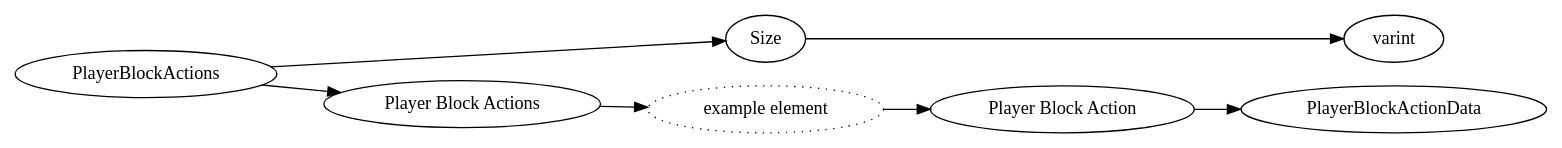
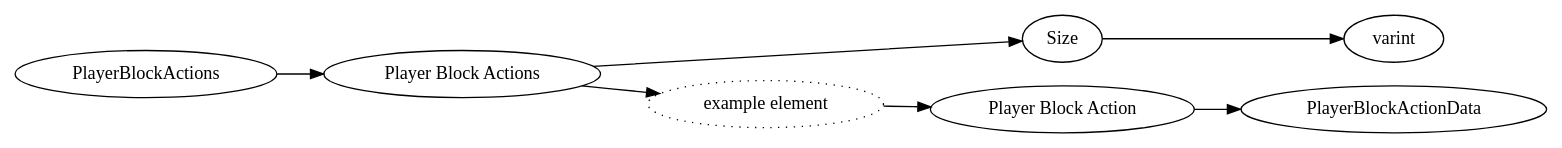
Before and after one commit to Mojang/bedrock-protocol-docs: the diagram in dot/PlayerBlockActions.dot, drawn with Graphviz. The commit also changed 485 other files, not shown here.

```diff
--- a/dot/PlayerBlockActions.dot
+++ b/dot/PlayerBlockActions.dot
@@ -1,20 +1,20 @@
 digraph "PlayerBlockActions" {
 rankdir = LR
 127
 127 -> 128
 128 -> 129
-127 -> 130
-130 -> 131
+129 -> 130
+128 -> 131
 131 -> 132
-132 -> 164
+132 -> 166
 
 127 [label="PlayerBlockActions",comment="name: \"PlayerBlockActions\", typeName: \"\", id: 127, branchId: 0, recurseId: -1, attributes: 0, notes: \"\""];
-128 [label="Size",comment="name: \"Size\", typeName: \"\", id: 128, branchId: 0, recurseId: -1, attributes: 0, notes: \"\""];
-129 [label="varint",comment="name: \"varint\", typeName: \"\", id: 129, branchId: 0, recurseId: -1, attributes: 512, notes: \"\""];
-130 [label="Player Block Actions",comment="name: \"Player Block Actions\", typeName: \"\", id: 130, branchId: 0, recurseId: -1, attributes: 8, notes: \"\""];
+128 [label="Player Block Actions",comment="name: \"Player Block Actions\", typeName: \"\", id: 128, branchId: 0, recurseId: -1, attributes: 8, notes: \"\""];
+129 [label="Size",comment="name: \"Size\", typeName: \"\", id: 129, branchId: 0, recurseId: -1, attributes: 0, notes: \"\""];
+130 [label="varint",comment="name: \"varint\", typeName: \"\", id: 130, branchId: 0, recurseId: -1, attributes: 512, notes: \"\""];
 131 [label="example element",style=dotted,comment="name: \"example element\", typeName: \"\", id: 131, branchId: 0, recurseId: -1, attributes: 16, notes: \"\""];
 132 [label="Player Block Action",comment="name: \"Player Block Action\", typeName: \"PlayerBlockActionData\", id: 132, branchId: 0, recurseId: -1, attributes: 256, notes: \"\""];
-164 [label="PlayerBlockActionData",comment="name: \"PlayerBlockActionData\", typeName: \"\", id: 164, branchId: 0, recurseId: -1, attributes: 512, notes: \"\""];
-{ rank = max;129;164}
+166 [label="PlayerBlockActionData",comment="name: \"PlayerBlockActionData\", typeName: \"\", id: 166, branchId: 0, recurseId: -1, attributes: 512, notes: \"\""];
+{ rank = max;130;166}
 
 }
```
